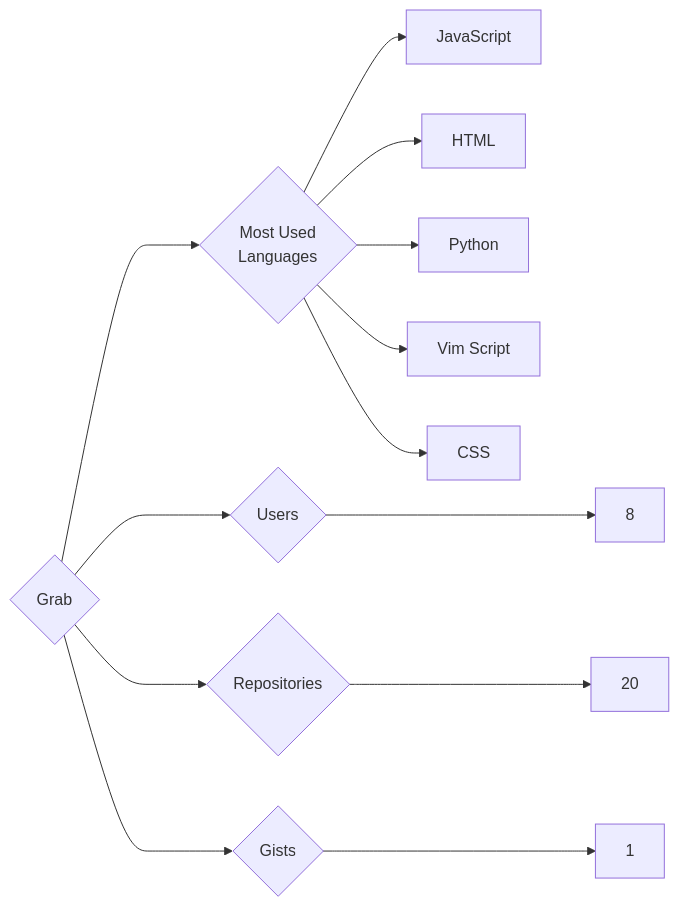
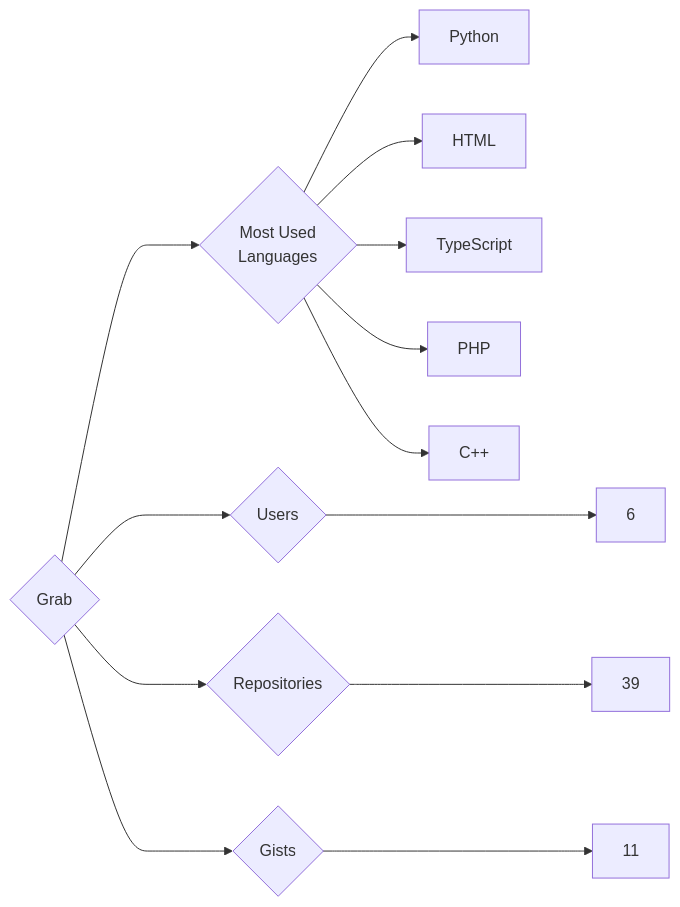
Before and after one commit to trickest/insiders: the diagram in targets/Grab/README.md, drawn with Mermaid. The commit also changed 857 other files, not shown here.

````diff
--- a/targets/Grab/README.md
+++ b/targets/Grab/README.md
@@ -3,13 +3,13 @@
 ```mermaid
 graph LR
 COMPANY_NAME{Grab}
-COMPANY_NAME ---> U{Users} ---> UN[8]
-COMPANY_NAME ---> R{Repositories} ---> RN[20]
-COMPANY_NAME ---> G{Gists} ---> GN[1]
+COMPANY_NAME ---> U{Users} ---> UN[6]
+COMPANY_NAME ---> R{Repositories} ---> RN[39]
+COMPANY_NAME ---> G{Gists} ---> GN[11]
 COMPANY_NAME ---> ML{Most Used<br>Languages}
-ML --> JavaScript[JavaScript]
+ML --> Python[Python]
 ML --> HTML[HTML]
-ML --> Python[Python]
-ML --> Vim_Script[Vim Script]
-ML --> CSS[CSS]
+ML --> TypeScript[TypeScript]
+ML --> PHP[PHP]
+ML --> C++[C++]
 ```
````
